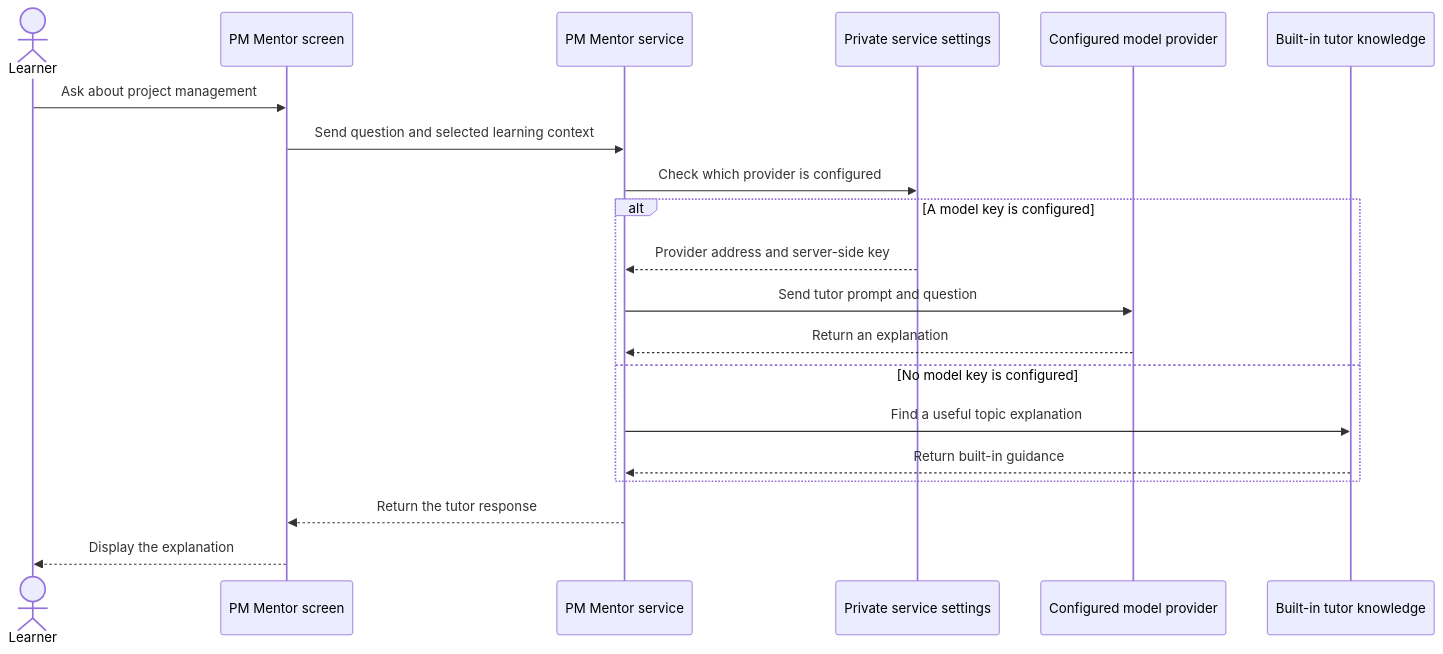
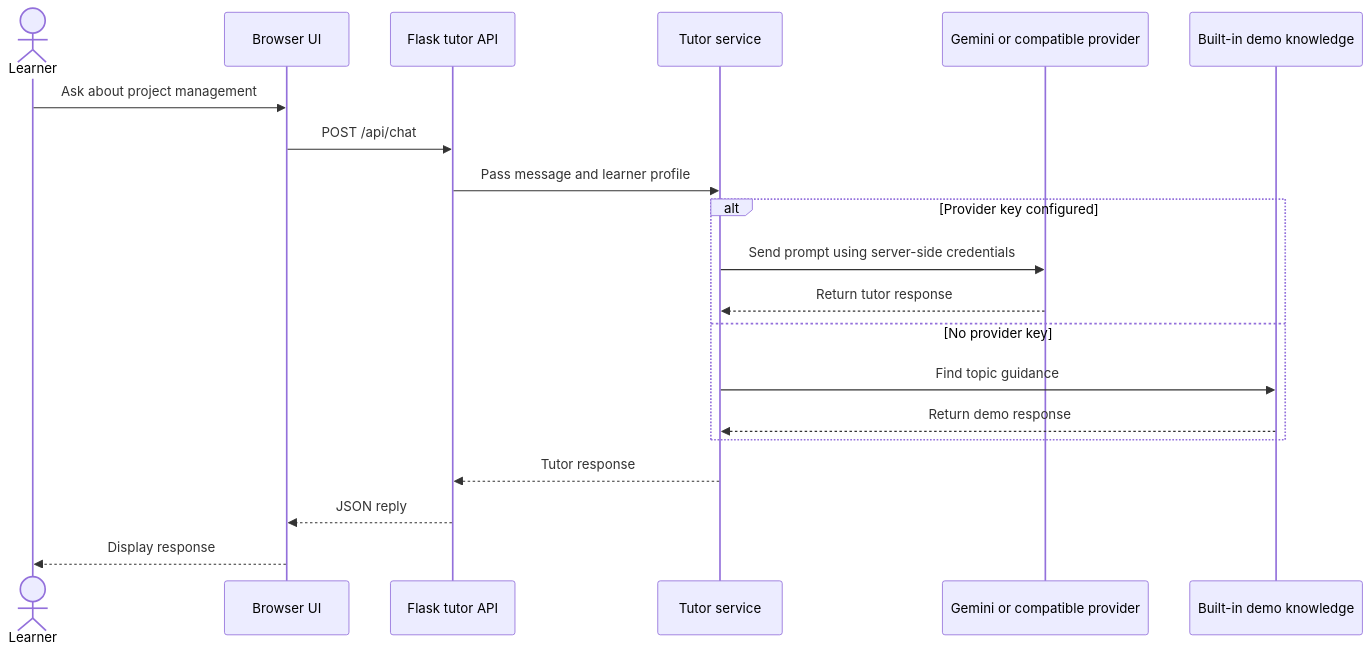
One commit to iteshwalia/ai-tutor-projectmanagement changed the third of 3 diagrams in architecture.md. Above: the diagram before and after it, drawn with Mermaid. The commit also changed other lines of this file and 4 other files, not shown here.

Commit message:
Document technical architecture diagram

````diff
--- a/architecture.md
+++ b/architecture.md
@@ -79,23 +129,23 @@
 ```mermaid
 sequenceDiagram
     actor Learner
-    participant Browser as PM Mentor screen
-    participant App as PM Mentor service
-    participant Settings as Private service settings
-    participant Provider as Configured model provider
-    participant BuiltIn as Built-in tutor knowledge
+    participant Browser as Browser UI
+    participant API as Flask tutor API
+    participant Service as Tutor service
+    participant Provider as Gemini or compatible provider
+    participant Demo as Built-in demo knowledge
 
     Learner->>Browser: Ask about project management
-    Browser->>App: Send question and selected learning context
-    App->>Settings: Check which provider is configured
-    alt A model key is configured
-        Settings-->>App: Provider address and server-side key
-        App->>Provider: Send tutor prompt and question
-        Provider-->>App: Return an explanation
-    else No model key is configured
-        App->>BuiltIn: Find a useful topic explanation
-        BuiltIn-->>App: Return built-in guidance
+    Browser->>API: POST /api/chat
+    API->>Service: Pass message and learner profile
+    alt Provider key configured
+        Service->>Provider: Send prompt using server-side credentials
+        Provider-->>Service: Return tutor response
+    else No provider key
+        Service->>Demo: Find topic guidance
+        Demo-->>Service: Return demo response
     end
-    App-->>Browser: Return the tutor response
-    Browser-->>Learner: Display the explanation
+    Service-->>API: Tutor response
+    API-->>Browser: JSON reply
+    Browser-->>Learner: Display response
 ```
````
